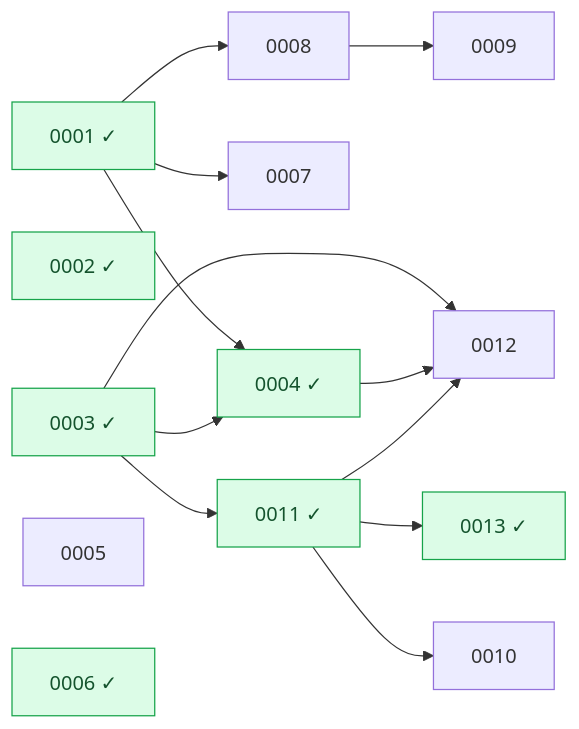
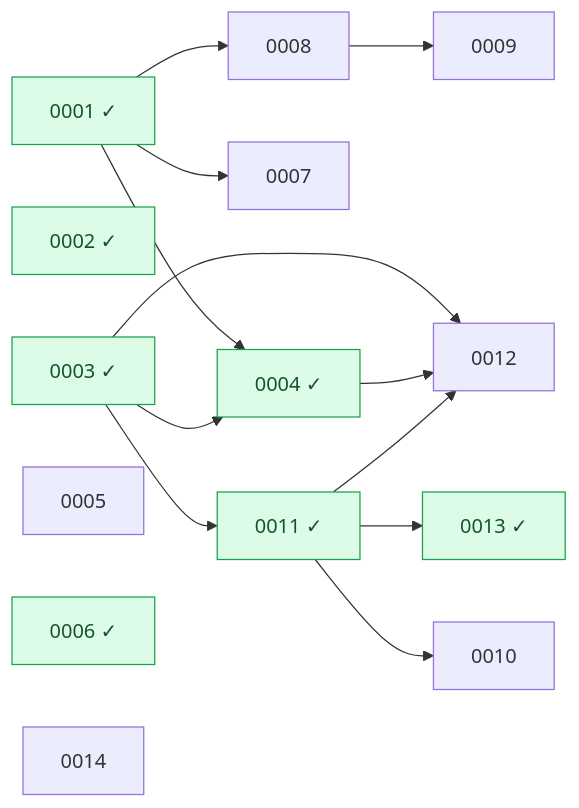
Before and after one commit to Heva-Co/piro: the diagram in docs/rfcs/README.md, drawn with Mermaid. The commit also changed other lines of this file and 2 other files, not shown here.

Commit message:
docs(rfc): add RFC 0014 — password reset / forgot password flow
Self-service email-based password reset, mirroring the existing invitation
flow's token mechanics (Identity custom-purpose token + stored 1h expiry +
security-stamp single-use). Enumeration-safe (uniform 200), and fully
disabled under SSO-only mode at both the request and reset endpoints.

Tracks implementation via issue #84 (set as the RFC's tracking-issue in
front-matter, so the accept automation reuses it instead of opening a new one).

Also updates the rfc-writer skill to standardize on Mermaid diagrams
(GitHub-native) instead of ASCII art for RFC flow diagrams.

````diff
--- a/docs/rfcs/README.md
+++ b/docs/rfcs/README.md
@@ -37,35 +38,36 @@
 ```mermaid
 graph LR
   n0001["0001 ✓"]
   n0002["0002 ✓"]
   n0003["0003 ✓"]
   n0004["0004 ✓"]
   n0005["0005"]
   n0006["0006 ✓"]
   n0007["0007"]
   n0008["0008"]
   n0009["0009"]
   n0010["0010"]
   n0011["0011 ✓"]
   n0012["0012"]
   n0013["0013 ✓"]
+  n0014["0014"]
   n0001 --> n0004
   n0003 --> n0004
   n0001 --> n0007
   n0001 --> n0008
   n0008 --> n0009
   n0011 --> n0010
   n0003 --> n0011
   n0003 --> n0012
   n0004 --> n0012
   n0011 --> n0012
   n0011 --> n0013
   classDef done fill:#dcfce7,stroke:#16a34a,color:#14532d;
   class n0001 done;
   class n0002 done;
   class n0003 done;
   class n0004 done;
   class n0006 done;
   class n0011 done;
   class n0013 done;
 ```
````
